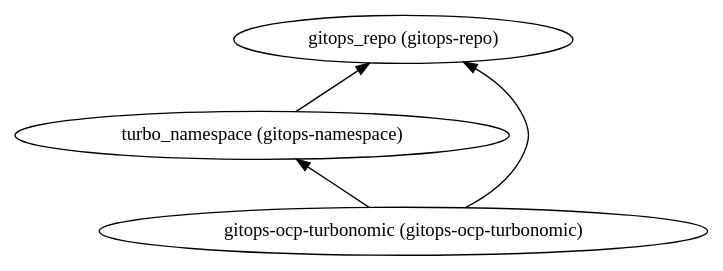
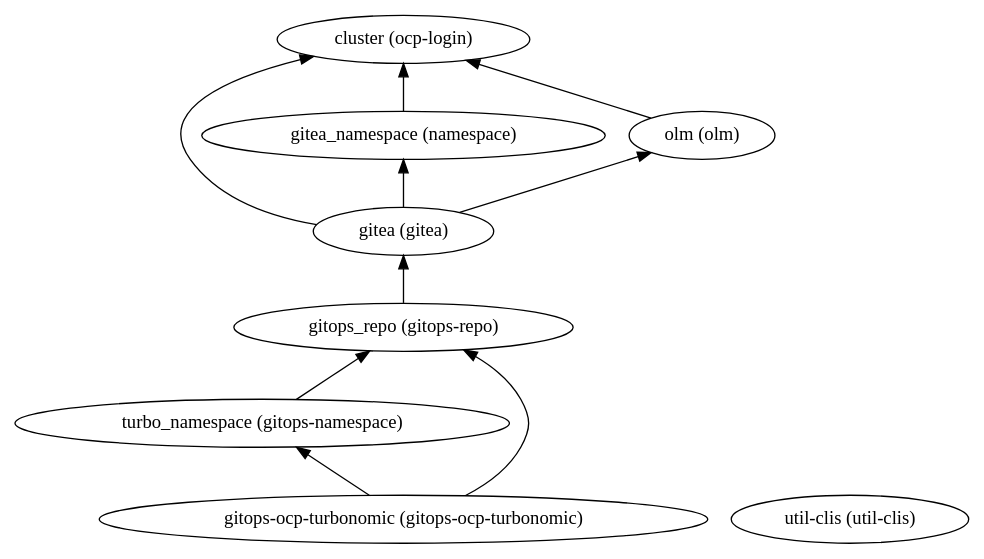
Before and after one commit to IBM/automation-turbonomic: the diagram in 250-turbonomic-multicloud/dependencies.dot, drawn with Graphviz. The commit also changed 71 other files, not shown here.

```diff
--- a/250-turbonomic-multicloud/dependencies.dot
+++ b/250-turbonomic-multicloud/dependencies.dot
@@ -1,9 +1,20 @@
 digraph {
     rankdir="BT"
-    "turbo_namespace (gitops-namespace)" -> "gitops_repo (gitops-repo)"
+    "cluster (ocp-login)"
+"gitea_namespace (namespace)" -> "cluster (ocp-login)"
+"gitea_namespace (namespace)"
+"gitea (gitea)" -> "cluster (ocp-login)"
+"gitea (gitea)" -> "olm (olm)"
+"gitea (gitea)" -> "gitea_namespace (namespace)"
+"gitea (gitea)"
+"olm (olm)" -> "cluster (ocp-login)"
+"olm (olm)"
+"turbo_namespace (gitops-namespace)" -> "gitops_repo (gitops-repo)"
 "turbo_namespace (gitops-namespace)"
+"gitops_repo (gitops-repo)" -> "gitea (gitea)"
 "gitops_repo (gitops-repo)"
 "gitops-ocp-turbonomic (gitops-ocp-turbonomic)" -> "gitops_repo (gitops-repo)"
 "gitops-ocp-turbonomic (gitops-ocp-turbonomic)" -> "turbo_namespace (gitops-namespace)"
 "gitops-ocp-turbonomic (gitops-ocp-turbonomic)"
+"util-clis (util-clis)"
   }
```
